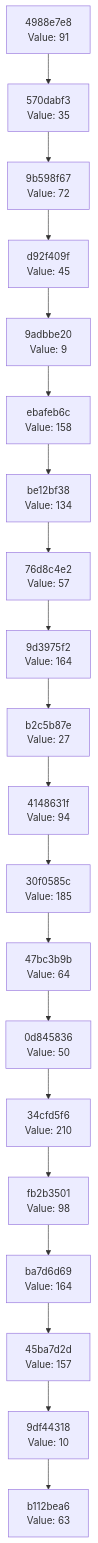
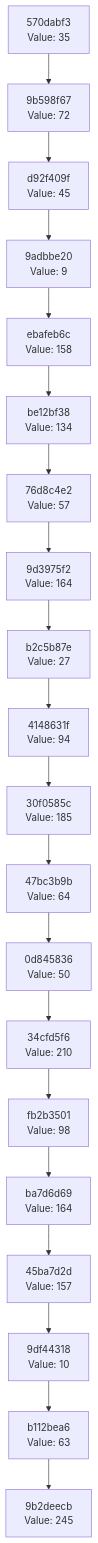
Before and after one commit to Abhisheksinha1506/hash-chain-evolver: the diagram in docs/CHAIN_VISUALIZATION.md, drawn with Mermaid. The commit also changed 2 other files, not shown here.

Commit message:
Evolution step: hash 0xF5 → action executed

````diff
--- a/docs/CHAIN_VISUALIZATION.md
+++ b/docs/CHAIN_VISUALIZATION.md
@@ -3,42 +3,42 @@
 ```mermaid
 graph TD
-    C0["b112bea6<br/>Value: 63"]
-    C1["9df44318<br/>Value: 10"]
+    C0["9b2deecb<br/>Value: 245"]
+    C1["b112bea6<br/>Value: 63"]
     C1 --> C0
-    C2["45ba7d2d<br/>Value: 157"]
+    C2["9df44318<br/>Value: 10"]
     C2 --> C1
-    C3["ba7d6d69<br/>Value: 164"]
+    C3["45ba7d2d<br/>Value: 157"]
     C3 --> C2
-    C4["fb2b3501<br/>Value: 98"]
+    C4["ba7d6d69<br/>Value: 164"]
     C4 --> C3
-    C5["34cfd5f6<br/>Value: 210"]
+    C5["fb2b3501<br/>Value: 98"]
     C5 --> C4
-    C6["0d845836<br/>Value: 50"]
+    C6["34cfd5f6<br/>Value: 210"]
     C6 --> C5
-    C7["47bc3b9b<br/>Value: 64"]
+    C7["0d845836<br/>Value: 50"]
     C7 --> C6
-    C8["30f0585c<br/>Value: 185"]
+    C8["47bc3b9b<br/>Value: 64"]
     C8 --> C7
-    C9["4148631f<br/>Value: 94"]
+    C9["30f0585c<br/>Value: 185"]
     C9 --> C8
-    C10["b2c5b87e<br/>Value: 27"]
+    C10["4148631f<br/>Value: 94"]
     C10 --> C9
-    C11["9d3975f2<br/>Value: 164"]
+    C11["b2c5b87e<br/>Value: 27"]
     C11 --> C10
-    C12["76d8c4e2<br/>Value: 57"]
+    C12["9d3975f2<br/>Value: 164"]
     C12 --> C11
-    C13["be12bf38<br/>Value: 134"]
+    C13["76d8c4e2<br/>Value: 57"]
     C13 --> C12
-    C14["ebafeb6c<br/>Value: 158"]
+    C14["be12bf38<br/>Value: 134"]
     C14 --> C13
-    C15["9adbbe20<br/>Value: 9"]
+    C15["ebafeb6c<br/>Value: 158"]
     C15 --> C14
-    C16["d92f409f<br/>Value: 45"]
+    C16["9adbbe20<br/>Value: 9"]
     C16 --> C15
-    C17["9b598f67<br/>Value: 72"]
+    C17["d92f409f<br/>Value: 45"]
     C17 --> C16
-    C18["570dabf3<br/>Value: 35"]
+    C18["9b598f67<br/>Value: 72"]
     C18 --> C17
-    C19["4988e7e8<br/>Value: 91"]
+    C19["570dabf3<br/>Value: 35"]
     C19 --> C18
 ```
````
